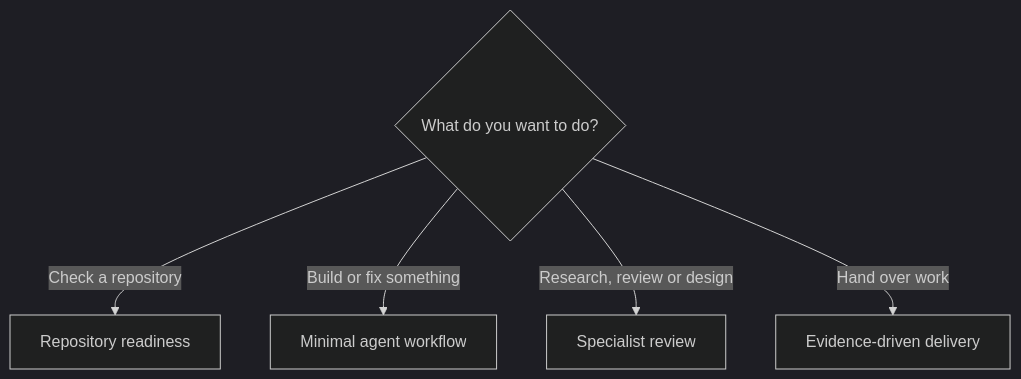
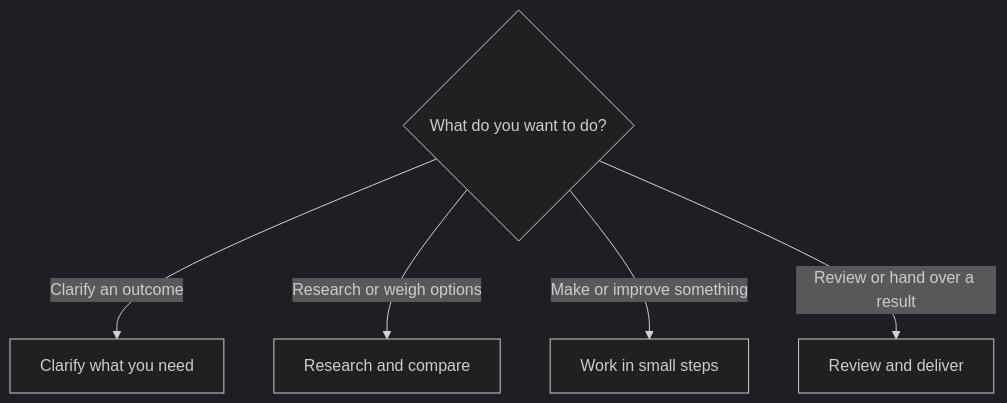
The diagram in docs/start-here.md (Team-Rockstars-IT/agent-skills), drawn with Mermaid (dark theme) before and after one commit. The commit also changed other lines of this file and 19 other files, not shown here.

````diff
--- a/docs/start-here.md
+++ b/docs/start-here.md
@@ -8,8 +8,8 @@
 ```mermaid
 flowchart TD
     A{What do you want to do?}
-    A -->|Check a repository| B[Repository readiness]
-    A -->|Build or fix something| C[Minimal agent workflow]
-    A -->|Research, review or design| D[Specialist review]
-    A -->|Hand over work| E[Evidence-driven delivery]
+    A -->|Clarify an outcome| B[Clarify what you need]
+    A -->|Research or weigh options| C[Research and compare]
+    A -->|Make or improve something| D[Work in small steps]
+    A -->|Review or hand over a result| E[Review and deliver]
 ```
````
